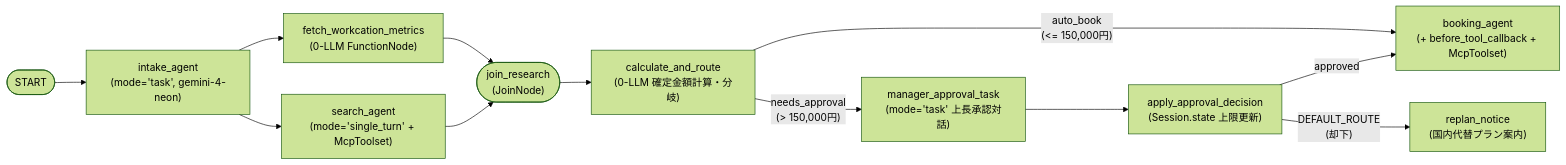
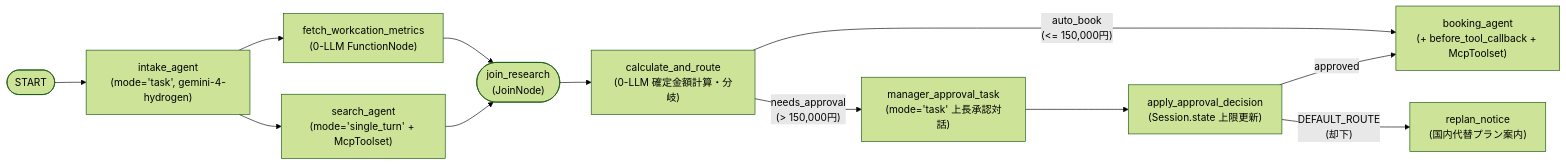
One commit to n-issei-777/architecture-conference-2026-adk-handson changed the first of 2 diagrams in doc/design.md. Above: the diagram before and after it, drawn with Mermaid (forest theme). The commit also changed other lines of this file and 8 other files, not shown here.

````diff
--- a/doc/design.md
+++ b/doc/design.md
@@ -14,14 +14,14 @@
 ```mermaid
 flowchart LR
-    START(["START"]) --> Intake["intake_agent\n(mode='task', gemini-4-neon)"]
+    START(["START"]) --> Intake["intake_agent\n(mode='task', gemini-4-hydrogen)"]
     Intake --> Metrics["fetch_workcation_metrics\n(0-LLM FunctionNode)"]
     Intake --> Search["search_agent\n(mode='single_turn' + McpToolset)"]
     Metrics --> Join(["join_research\n(JoinNode)"])
     Search --> Join
     Join --> Calc["calculate_and_route\n(0-LLM 確定金額計算・分岐)"]
     Calc -- "auto_book\n(<= 150,000円)" --> Book["booking_agent\n(+ before_tool_callback + McpToolset)"]
     Calc -- "needs_approval\n(> 150,000円)" --> Task["manager_approval_task\n(mode='task' 上長承認対話)"]
     Task --> Apply["apply_approval_decision\n(Session.state 上限更新)"]
     Apply -- "approved" --> Book
     Apply -- "DEFAULT_ROUTE\n(却下)" --> Replan["replan_notice\n(国内代替プラン案内)"]
 ```
````
